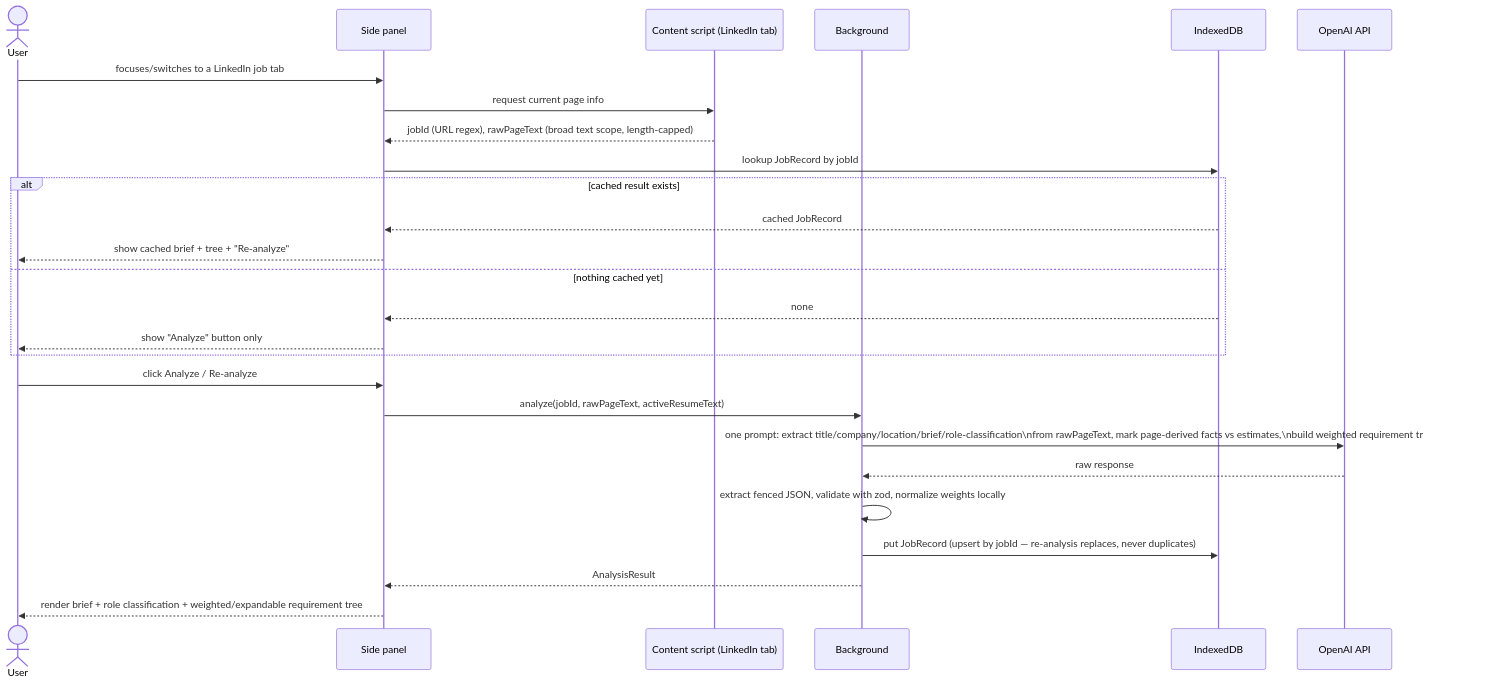
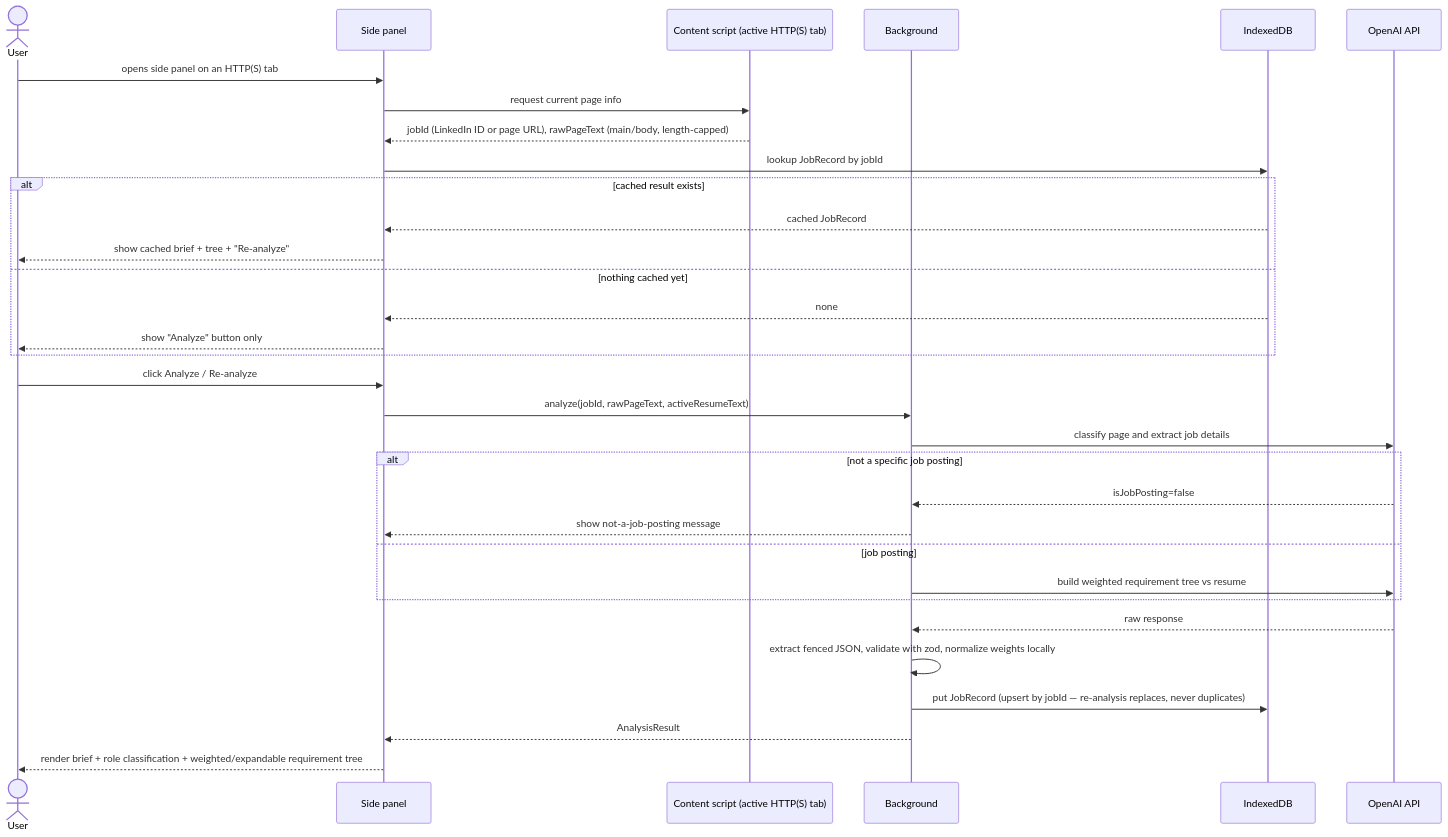
Before and after one commit to solomonxie/linkedin-jd-intelligence: the second of 2 diagrams in docs/DESIGN.md, drawn with Mermaid. The commit also changed other lines of this file and 14 other files, not shown here.

First line of the commit message:
Analyze job postings on any HTTP(S) site, not just LinkedIn

````diff
--- a/docs/DESIGN.md
+++ b/docs/DESIGN.md
@@ -48,29 +67,35 @@
 ```mermaid
 sequenceDiagram
     actor U as User
     participant SP as Side panel
-    participant CS as Content script (LinkedIn tab)
+    participant CS as Content script (active HTTP(S) tab)
     participant BG as Background
     participant DB as IndexedDB
     participant API as OpenAI API
 
-    U->>SP: focuses/switches to a LinkedIn job tab
+    U->>SP: opens side panel on an HTTP(S) tab
     SP->>CS: request current page info
-    CS-->>SP: jobId (URL regex), rawPageText (broad text scope, length-capped)
+    CS-->>SP: jobId (LinkedIn ID or page URL), rawPageText (main/body, length-capped)
     SP->>DB: lookup JobRecord by jobId
     alt cached result exists
         DB-->>SP: cached JobRecord
         SP-->>U: show cached brief + tree + "Re-analyze"
     else nothing cached yet
         DB-->>SP: none
         SP-->>U: show "Analyze" button only
     end
     U->>SP: click Analyze / Re-analyze
     SP->>BG: analyze(jobId, rawPageText, activeResumeText)
-    BG->>API: one prompt: extract title/company/location/brief/role-classification\nfrom rawPageText, mark page-derived facts vs estimates,\nbuild weighted requirement tree vs resume
+    BG->>API: classify page and extract job details
+    alt not a specific job posting
+        API-->>BG: isJobPosting=false
+        BG-->>SP: show not-a-job-posting message
+    else job posting
+        BG->>API: build weighted requirement tree vs resume
+    end
     API-->>BG: raw response
     BG->>BG: extract fenced JSON, validate with zod, normalize weights locally
     BG->>DB: put JobRecord (upsert by jobId — re-analysis replaces, never duplicates)
     BG-->>SP: AnalysisResult
     SP-->>U: render brief + role classification + weighted/expandable requirement tree
 ```
````
